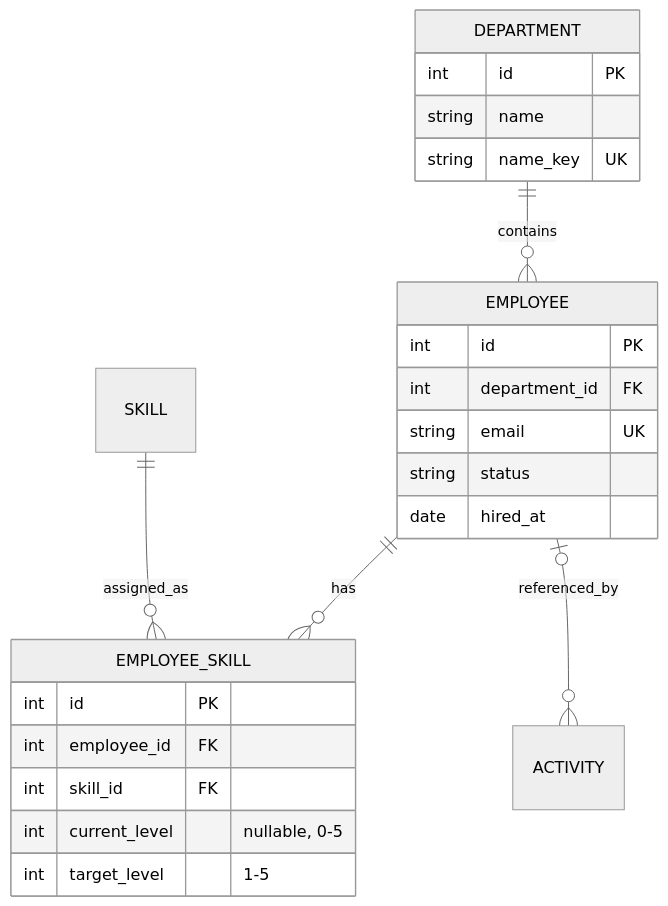
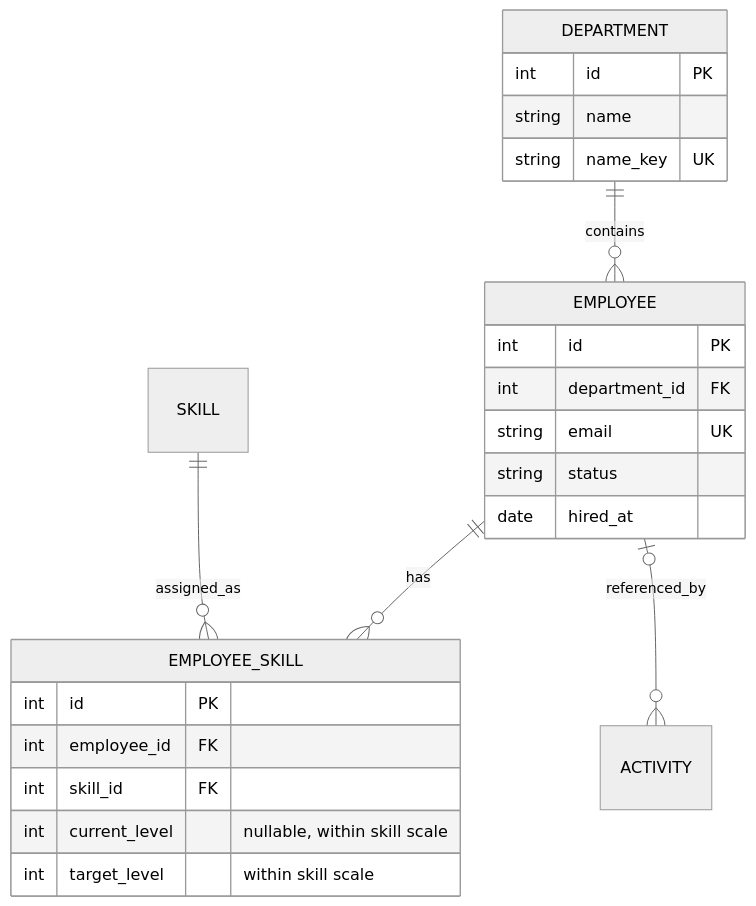
Before and after one commit to JevgeniTRI/HRM: the diagram in docs/architecture.md, drawn with Mermaid (neutral theme). The commit also changed other lines of this file and 97 other files, not shown here.

````diff
--- a/docs/architecture.md
+++ b/docs/architecture.md
@@ -25,26 +25,26 @@
 ```mermaid
 erDiagram
     DEPARTMENT ||--o{ EMPLOYEE : contains
     EMPLOYEE ||--o{ EMPLOYEE_SKILL : has
     SKILL ||--o{ EMPLOYEE_SKILL : assigned_as
     EMPLOYEE o|--o{ ACTIVITY : referenced_by
     DEPARTMENT {
         int id PK
         string name
         string name_key UK
     }
     EMPLOYEE {
         int id PK
         int department_id FK
         string email UK
         string status
         date hired_at
     }
     EMPLOYEE_SKILL {
         int id PK
         int employee_id FK
         int skill_id FK
-        int current_level "nullable, 0-5"
-        int target_level "1-5"
+        int current_level "nullable, within skill scale"
+        int target_level "within skill scale"
     }
 ```
````
